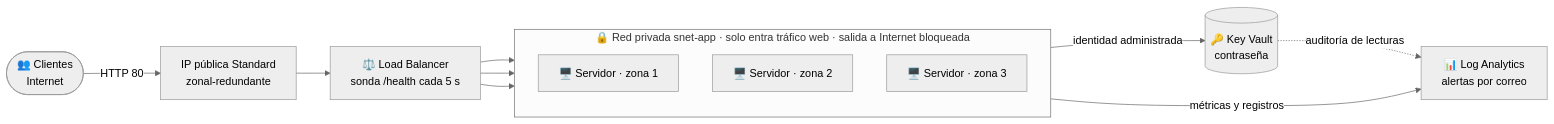
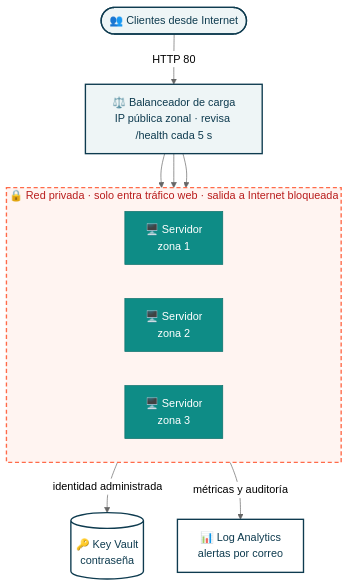
One commit to AgEnt3P18/caribeshop-taller-integrador changed the first of 2 diagrams in README.md. Above: the diagram before and after it, drawn with Mermaid (neutral theme). The commit also changed other lines of this file, not shown here.

Commit message:
docs: mejorar diagramas del README

````diff
--- a/README.md
+++ b/README.md
@@ -49,17 +49,23 @@
 ```mermaid
-flowchart LR
-    U([👥 Clientes<br/>Internet]) -->|HTTP 80| PIP[IP pública Standard<br/>zonal-redundante]
-    PIP --> LB[⚖️ Load Balancer<br/>sonda /health cada 5 s]
+flowchart TB
+    U(["👥 Clientes desde Internet"]) -->|HTTP 80| LB["⚖️ Balanceador de carga<br/>IP pública zonal · revisa /health cada 5 s"]
 
-    subgraph NET["🔒 Red privada snet-app · solo entra tráfico web · salida a Internet bloqueada"]
-        direction TB
-        V1[🖥️ Servidor · zona 1]
-        V2[🖥️ Servidor · zona 2]
-        V3[🖥️ Servidor · zona 3]
+    subgraph NET["🔒 Red privada · solo entra tráfico web · salida a Internet bloqueada"]
+        direction LR
+        V1["🖥️ Servidor<br/>zona 1"]
+        V2["🖥️ Servidor<br/>zona 2"]
+        V3["🖥️ Servidor<br/>zona 3"]
     end
 
     LB --> V1 & V2 & V3
-    NET -->|identidad administrada| KV[(🔑 Key Vault<br/>contraseña)]
-    NET -->|métricas y registros| MON[📊 Log Analytics<br/>alertas por correo]
-    KV -.->|auditoría de lecturas| MON
+    NET -->|identidad administrada| KV[("🔑 Key Vault<br/>contraseña")]
+    NET -->|métricas y auditoría| MON["📊 Log Analytics<br/>alertas por correo"]
+
+    classDef ext fill:#EEF5F6,stroke:#0E3B4F,stroke-width:2px,color:#0E3B4F
+    classDef srv fill:#0E8C86,stroke:#0B6F6A,color:#FFFFFF
+    classDef svc fill:#FFFFFF,stroke:#0E3B4F,stroke-width:2px,color:#0E3B4F
+    class U,LB ext
+    class V1,V2,V3 srv
+    class KV,MON svc
+    style NET fill:#FFF4F1,stroke:#FF6B4A,stroke-width:2px,stroke-dasharray:6 4,color:#B91C1C
 ```
````
